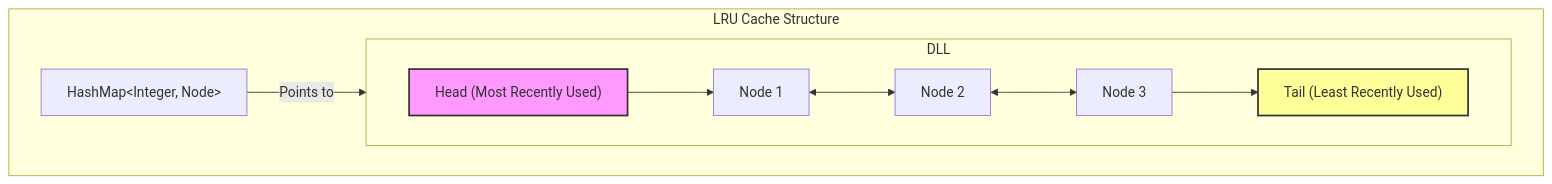
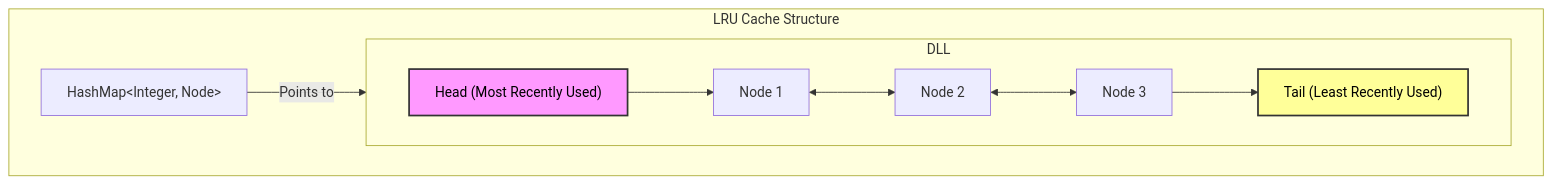
Before and after one commit to gel/gel.github.io: the diagram in content/interviews/3-coding-problems/2_problem_solving.md, drawn with Mermaid. The commit also changed 9 other files, not shown here.

Commit message:
feat: Add 'Ralph Wiggum Loop' trick and enhance Mermaid diagram rendering for improved theme compatibility.

````diff
--- a/content/interviews/3-coding-problems/2_problem_solving.md
+++ b/content/interviews/3-coding-problems/2_problem_solving.md
@@ -32,25 +32,25 @@
 ```mermaid
 graph TD
     subgraph "LRU Cache Structure"
         Map["HashMap&lt;Integer, Node&gt;"]
         DLL["Doubly Linked List"]
     end
 
     Map -- "Points to" --> DLL
 
     subgraph DLL
         Head["Head (Most Recently Used)"]
         Tail["Tail (Least Recently Used)"]
         N1[Node 1]
         N2[Node 2]
         N3[Node 3]
 
         Head --> N1
         N1 <--> N2
         N2 <--> N3
         N3 --> Tail
     end
 
-    style Head fill:#f9f,stroke:#333,stroke-width:2px
-    style Tail fill:#ff9,stroke:#333,stroke-width:2px
+    style Head fill:#f9f,stroke:#333,stroke-width:2px,color:#000
+    style Tail fill:#ff9,stroke:#333,stroke-width:2px,color:#000
 ```
````
